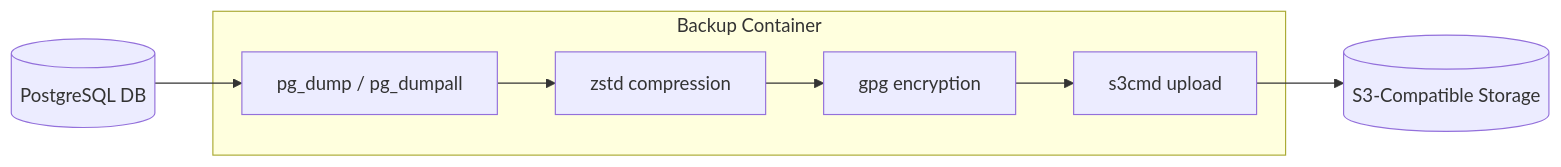
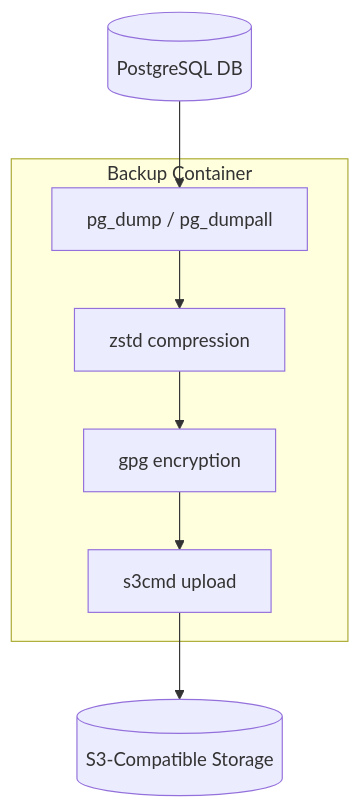
The diagram in README.md (StefanMarkmann/postgres-backup-s3cmd), drawn with Mermaid before and after one commit.

Commit message:
Make backup flow diagram vertical

````diff
--- a/README.md
+++ b/README.md
@@ -26,16 +26,17 @@
 ```mermaid
-flowchart LR
+flowchart TB
   db[(PostgreSQL DB)]
-  s3[(S3-Compatible Storage)]
 
   subgraph container["Backup Container"]
     pg_dump[pg_dump / pg_dumpall]
     zip[zstd compression]
     encrypt[gpg encryption]
     upload[s3cmd upload]
     pg_dump --> zip --> encrypt --> upload
   end
 
+  s3[(S3-Compatible Storage)]
+
   db --> pg_dump
   upload --> s3
 ```
````
